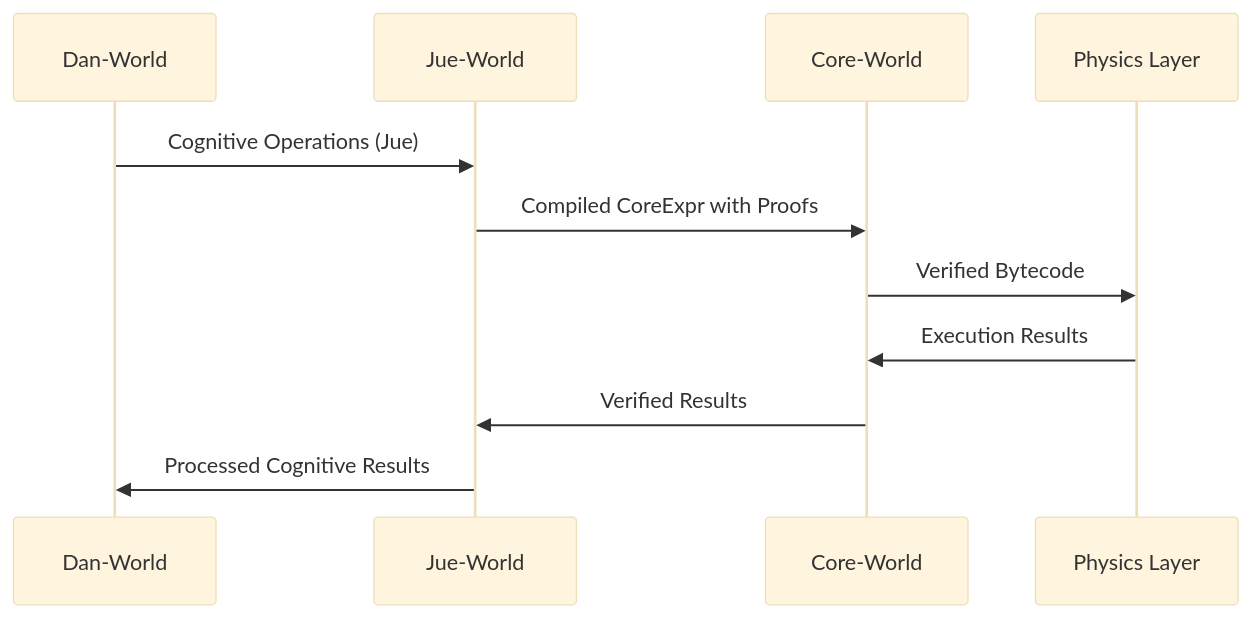
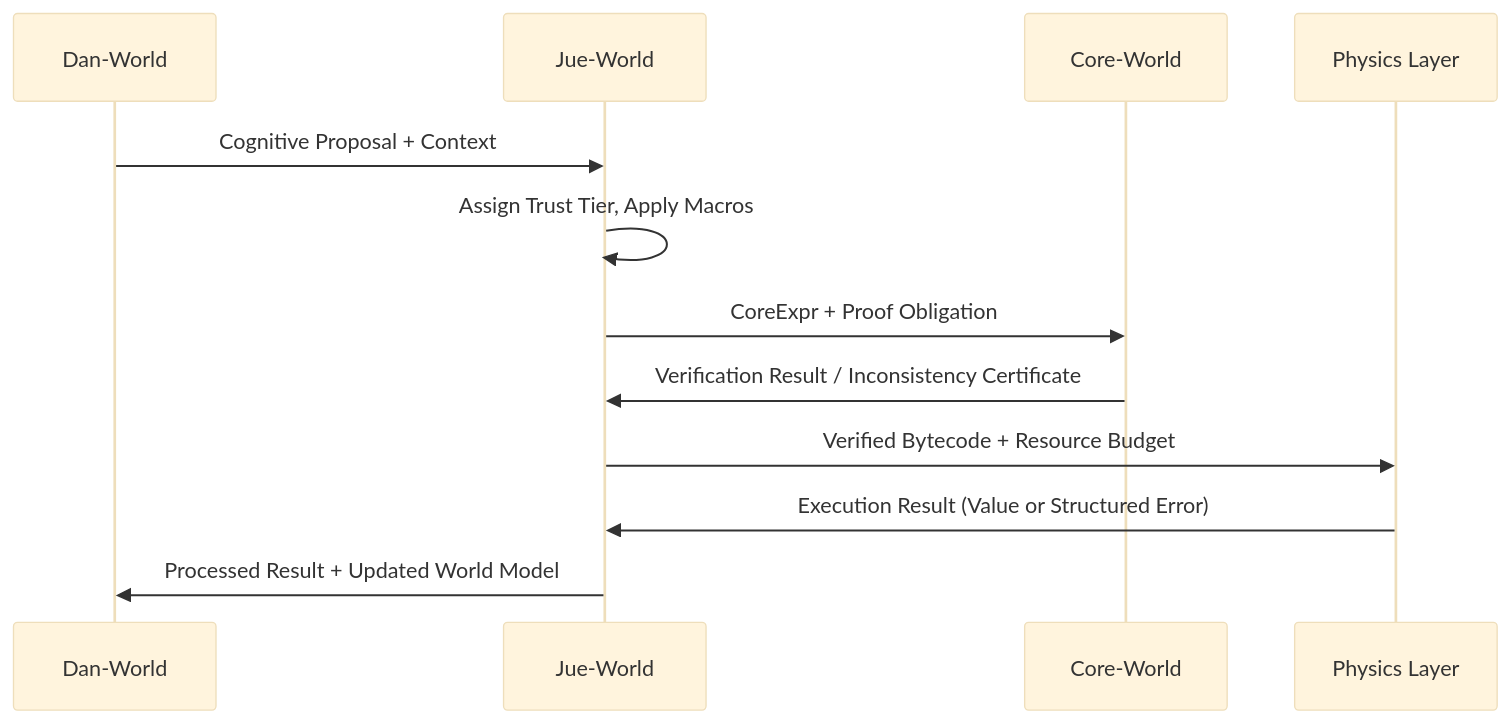
The second of 2 diagrams in .kilocode/rules/memory-bank/architecture.md (project-jue/jue), drawn with Mermaid (base theme) before and after one commit. The commit also changed other lines of this file, not shown here.

Commit message:
Refactor architecture documentation for clarity and detail, enhancing layer descriptions and critical paths

````diff
--- a/.kilocode/rules/memory-bank/architecture.md
+++ b/.kilocode/rules/memory-bank/architecture.md
@@ -103,9 +94,15 @@
 ```mermaid
 sequenceDiagram
-    Dan-World->>Jue-World: Cognitive Operations (Jue)
-    Jue-World->>Core-World: Compiled CoreExpr with Proofs
-    Core-World->>Physics Layer: Verified Bytecode
-    Physics Layer->>Core-World: Execution Results
-    Core-World->>Jue-World: Verified Results
-    Jue-World->>Dan-World: Processed Cognitive Results
+    participant D as Dan-World
+    participant J as Jue-World
+    participant C as Core-World
+    participant P as Physics Layer
+
+    D->>J: Cognitive Proposal + Context
+    J->>J: Assign Trust Tier, Apply Macros
+    J->>C: CoreExpr + Proof Obligation
+    C->>J: Verification Result / Inconsistency Certificate
+    J->>P: Verified Bytecode + Resource Budget
+    P->>J: Execution Result (Value or Structured Error)
+    J->>D: Processed Result + Updated World Model
 ```
````
